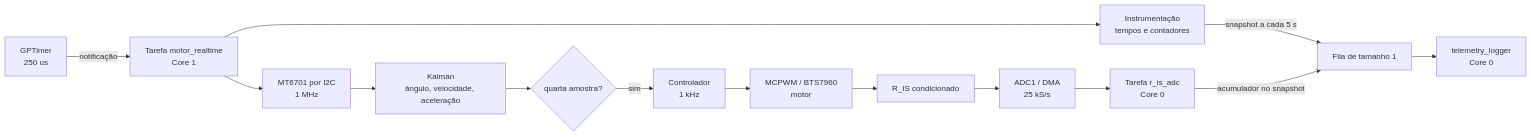
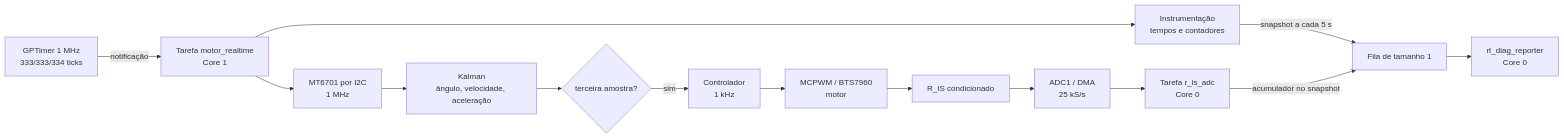
One commit to smartsensingme/esp-mt6701-example changed the diagram in docs/arquitetura-tempo-real.md. Above: the diagram before and after it, drawn with Mermaid. The commit also changed other lines of this file and 36 other files, not shown here.

````diff
--- a/docs/arquitetura-tempo-real.md
+++ b/docs/arquitetura-tempo-real.md
@@ -30,16 +30,16 @@
 ```mermaid
 flowchart LR
-    T[GPTimer\n250 us] -->|notificação| RT[Tarefa motor_realtime\nCore 1]
+    T[GPTimer 1 MHz\n333/333/334 ticks] -->|notificação| RT[Tarefa motor_realtime\nCore 1]
     RT --> I2C[MT6701 por I2C\n1 MHz]
     I2C --> K[Kalman\nângulo, velocidade, aceleração]
-    K --> D{quarta amostra?}
+    K --> D{terceira amostra?}
     D -->|sim| C[Controlador\n1 kHz]
     C --> M[MCPWM / BTS7960\nmotor]
     M --> RIS[R_IS condicionado]
     RIS --> ADC[ADC1 / DMA\n25 kS/s]
     ADC --> ADCT[Tarefa r_is_adc\nCore 0]
     RT --> INS[Instrumentação\ntempos e contadores]
     INS -->|snapshot a cada 5 s| Q[Fila de tamanho 1]
     ADCT -->|acumulador no snapshot| Q
-    Q --> LOG[telemetry_logger\nCore 0]
+    Q --> LOG[rt_diag_reporter\nCore 0]
 ```
````
